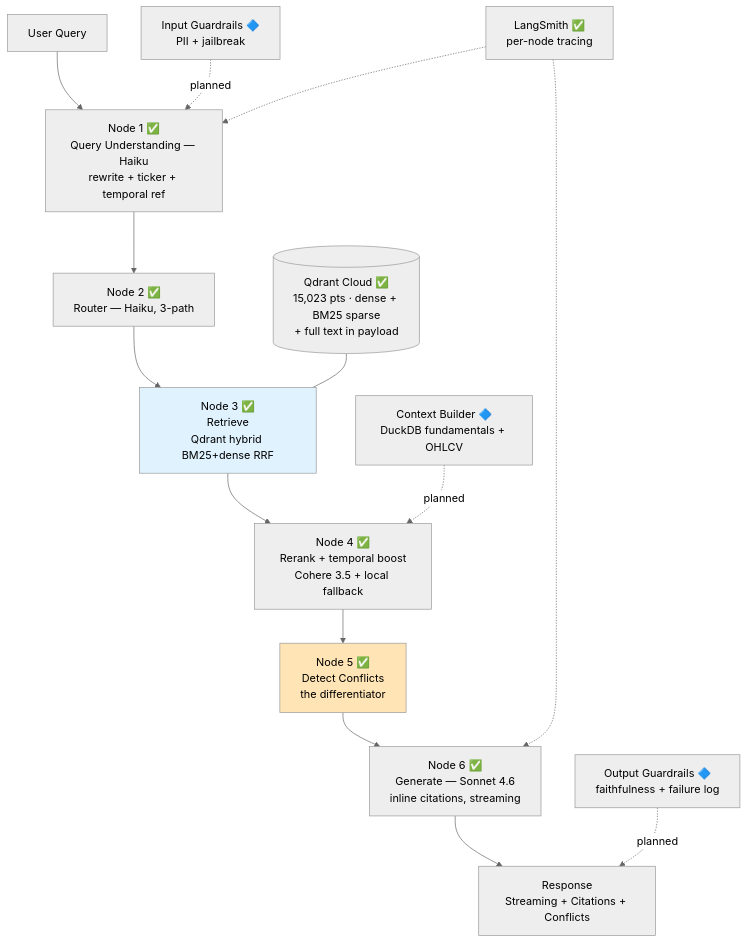
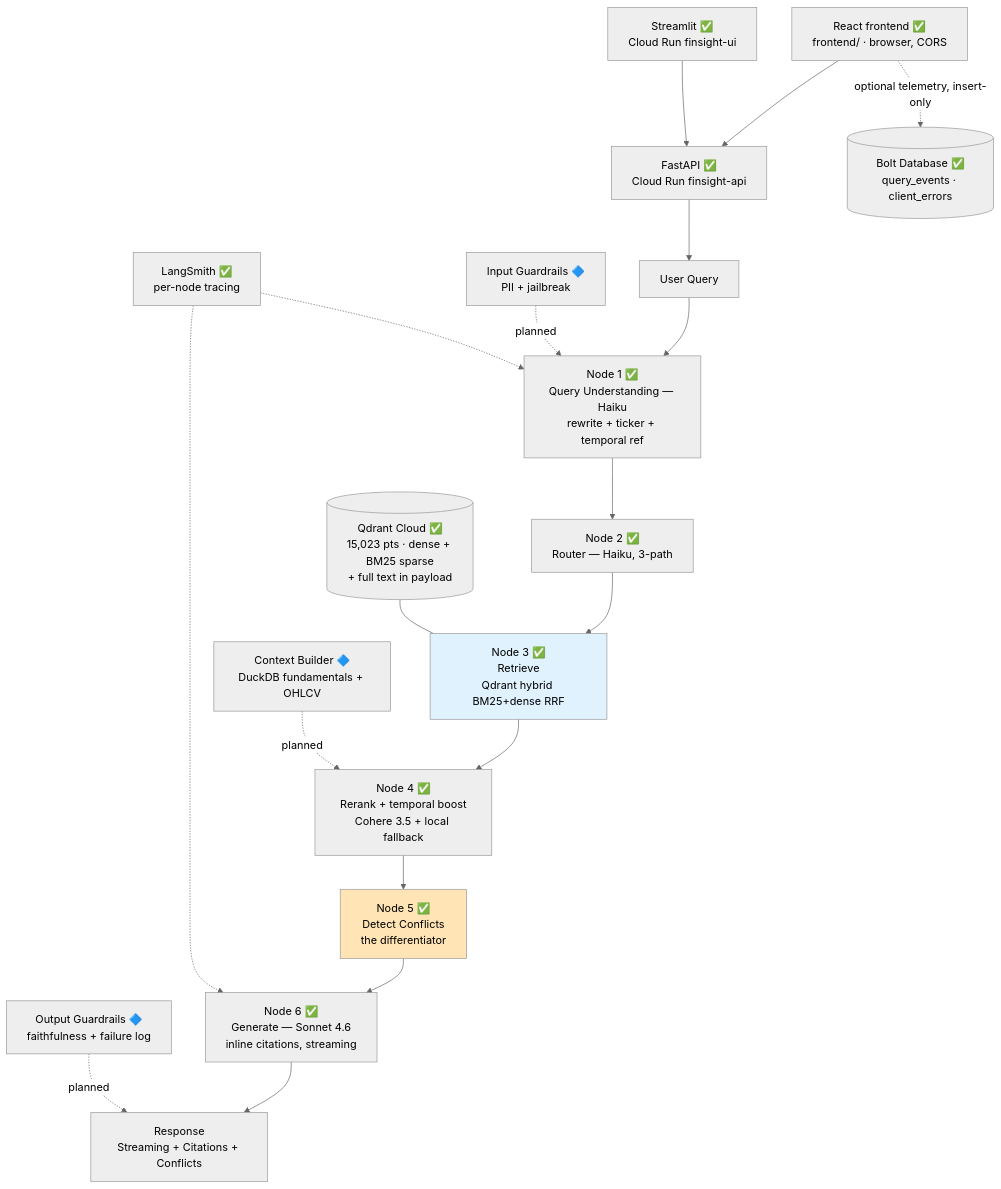
The diagram in docs/architecture.md (aparmarthi/rag-hybrid-search-reranking-system), drawn with Mermaid (neutral theme) before and after one commit. The commit also changed other lines of this file and 3 other files, not shown here.

First line of the commit message:
docs: update architecture, design, and walkthrough for Cloud Run + frontend

````diff
--- a/docs/architecture.md
+++ b/docs/architecture.md
@@ -13,21 +13,25 @@
 ```mermaid
 flowchart TB
-    U[User Query] --> N1[Node 1 ✅<br/>Query Understanding — Haiku<br/>rewrite + ticker + temporal ref]
+    FE[React frontend ✅<br/>frontend/ · browser, CORS] --> API[FastAPI ✅<br/>Cloud Run finsight-api]
+    ST[Streamlit ✅<br/>Cloud Run finsight-ui] --> API
+    FE -.optional telemetry, insert-only.-> TD[(Bolt Database ✅<br/>query_events · client_errors)]
+    API --> U[User Query]
+    U --> N1[Node 1 ✅<br/>Query Understanding — Haiku<br/>rewrite + ticker + temporal ref]
     N1 --> N2[Node 2 ✅<br/>Router — Haiku, 3-path]
     N2 --> N3[Node 3 ✅<br/>Retrieve<br/>Qdrant hybrid BM25+dense RRF]
     N3 --> N4[Node 4 ✅<br/>Rerank + temporal boost<br/>Cohere 3.5 + local fallback]
     N4 --> N5[Node 5 ✅<br/>Detect Conflicts<br/>the differentiator]
     N5 --> N6[Node 6 ✅<br/>Generate — Sonnet 4.6<br/>inline citations, streaming]
     N6 --> R[Response<br/>Streaming + Citations + Conflicts]
 
     IG[Input Guardrails 🔷<br/>PII + jailbreak] -.planned.-> N1
     CB[Context Builder 🔷<br/>DuckDB fundamentals + OHLCV] -.planned.-> N4
     OG[Output Guardrails 🔷<br/>faithfulness + failure log] -.planned.-> R
 
     QD[(Qdrant Cloud ✅<br/>15,023 pts · dense + BM25 sparse<br/>+ full text in payload)] --- N3
     LS[LangSmith ✅<br/>per-node tracing] -.->  N1
     LS -.-> N6
 
     style N5 fill:#ffe4b5
     style N3 fill:#e0f2fe
 ```
````
